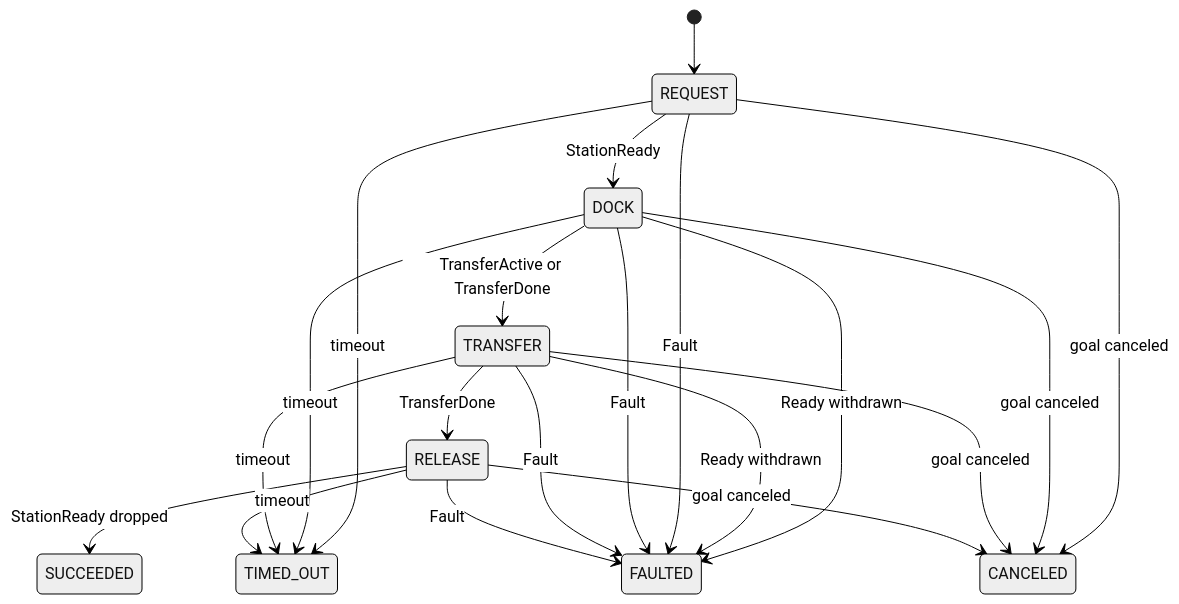
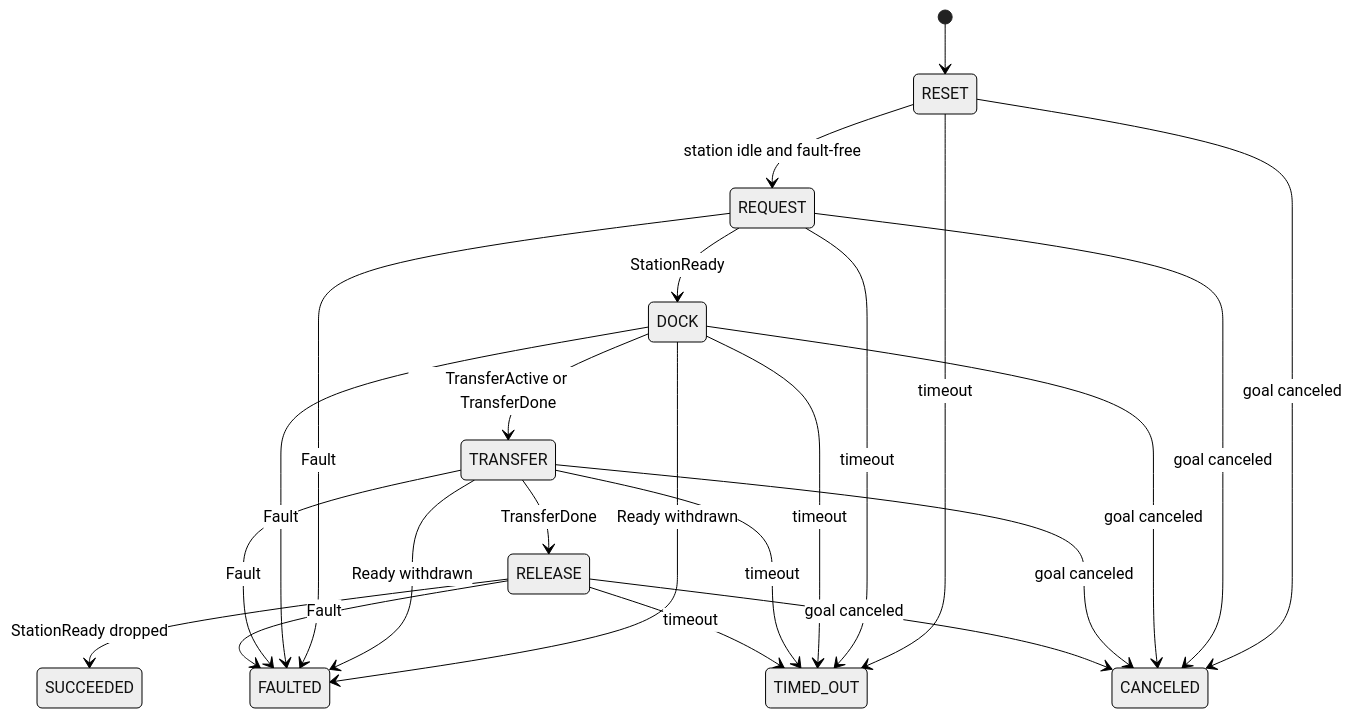
The third of 3 diagrams in docs/ARCHITECTURE.md (sulemanali5760/amr-station-handshake), drawn with Mermaid (neutral theme) before and after one commit. The commit also changed other lines of this file and 1 other file, not shown here.

Commit message:
Docs: signal map, heartbeat watchdog, RESET phase, standards, safety scope, Codespaces

````diff
--- a/docs/ARCHITECTURE.md
+++ b/docs/ARCHITECTURE.md
@@ -75,22 +95,25 @@
 ```mermaid
 stateDiagram-v2
-    [*] --> REQUEST
+    [*] --> RESET
+    RESET --> REQUEST: station idle and fault-free
     REQUEST --> DOCK: StationReady
     DOCK --> TRANSFER: TransferActive or TransferDone
     TRANSFER --> RELEASE: TransferDone
     RELEASE --> SUCCEEDED: StationReady dropped
+    RESET --> TIMED_OUT: timeout
     REQUEST --> TIMED_OUT: timeout
     DOCK --> TIMED_OUT: timeout
     TRANSFER --> TIMED_OUT: timeout
     RELEASE --> TIMED_OUT: timeout
     DOCK --> FAULTED: Ready withdrawn
     TRANSFER --> FAULTED: Ready withdrawn
     REQUEST --> FAULTED: Fault
     DOCK --> FAULTED: Fault
     TRANSFER --> FAULTED: Fault
     RELEASE --> FAULTED: Fault
+    RESET --> CANCELED: goal canceled
     REQUEST --> CANCELED: goal canceled
     DOCK --> CANCELED: goal canceled
     TRANSFER --> CANCELED: goal canceled
     RELEASE --> CANCELED: goal canceled
 ```
````
